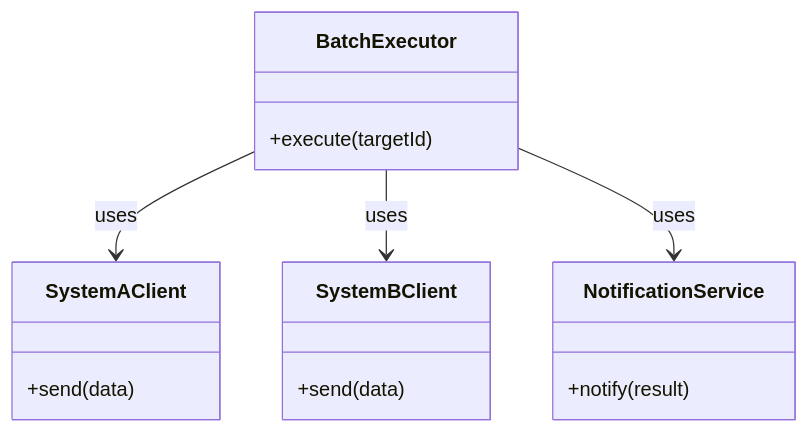
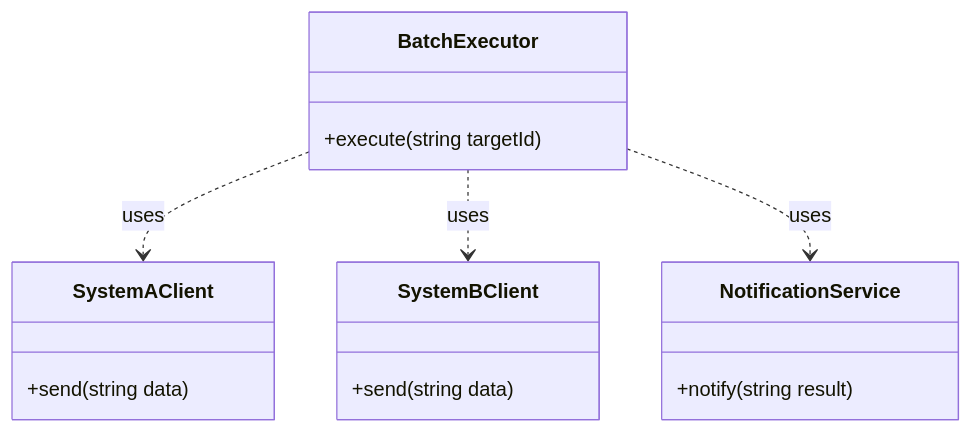
The first of 5 diagrams in kindle/design-patterns/output/chapter10.md (kumachan1101-pixel/DesignPattern), drawn with Mermaid before and after one commit. The commit also changed other lines of this file and 4 other files, not shown here.

First line of the commit message:
fix: ch08-12 クラス図修正・フェーズ6ステップ1再構成

````diff
--- a/kindle/design-patterns/output/chapter10.md
+++ b/kindle/design-patterns/output/chapter10.md
@@ -84,18 +84,18 @@
 ```mermaid
 classDiagram
     class BatchExecutor {
-        +execute(targetId)
+        +execute(string targetId)
     }
     class SystemAClient {
-        +send(data)
+        +send(string data)
     }
     class SystemBClient {
-        +send(data)
+        +send(string data)
     }
     class NotificationService {
-        +notify(result)
+        +notify(string result)
     }
-    BatchExecutor --> SystemAClient : uses
-    BatchExecutor --> SystemBClient : uses
-    BatchExecutor --> NotificationService : uses
+    BatchExecutor ..> SystemAClient : uses
+    BatchExecutor ..> SystemBClient : uses
+    BatchExecutor ..> NotificationService : uses
 ```
````
